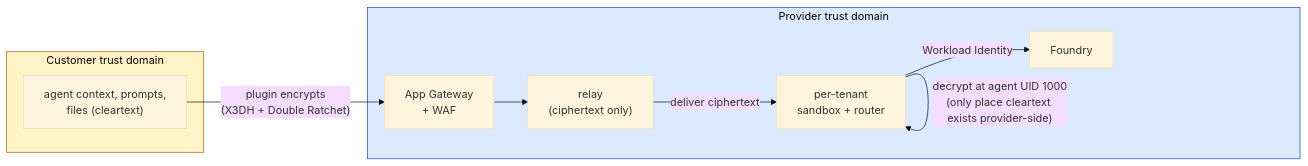
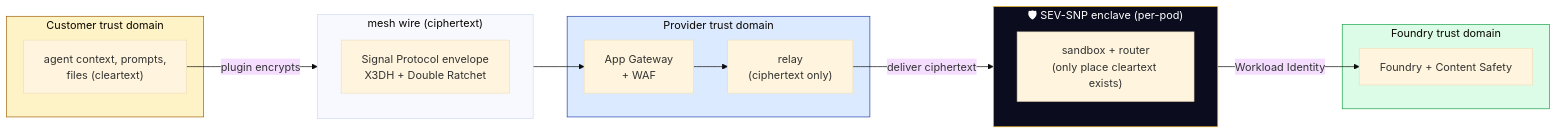
Before and after one commit to Azure/kars: the third of 4 diagrams in docs/blueprints/03-managed-public-offload.md, drawn with Mermaid (base theme). The commit also changed other lines of this file and 1 other file, not shown here.

````diff
--- a/docs/blueprints/03-managed-public-offload.md
+++ b/docs/blueprints/03-managed-public-offload.md
@@ -74,23 +158,35 @@
 ```mermaid
 flowchart LR
   subgraph Cust["Customer trust domain"]
     UserCtx["agent context, prompts,<br/>files (cleartext)"]
   end
+  subgraph Wire[" mesh wire (ciphertext) "]
+    Frame["Signal Protocol envelope<br/>X3DH + Double Ratchet"]
+  end
   subgraph Provider["Provider trust domain"]
     Edge["App Gateway<br/>+ WAF"]
     Relay["relay<br/>(ciphertext only)"]
-    Sandbox["per-tenant<br/>sandbox + router"]
-    Foundry["Foundry"]
+  end
+  subgraph Enclave["🛡 SEV-SNP enclave (per-pod)"]
+    direction TB
+    Sandbox["sandbox + router<br/>(only place cleartext exists)"]
+  end
+  subgraph FoundryDom["Foundry trust domain"]
+    Foundry["Foundry + Content Safety"]
   end
 
-  UserCtx -->|"plugin encrypts<br/>(X3DH + Double Ratchet)"| Edge
+  UserCtx -->|"plugin encrypts"| Wire
+  Wire --> Edge
   Edge --> Relay
   Relay -->|"deliver ciphertext"| Sandbox
-  Sandbox -->|"decrypt at agent UID 1000<br/>(only place cleartext exists provider-side)"| Sandbox
   Sandbox -->|"Workload Identity"| Foundry
 
   classDef cust fill:#fef3c7,stroke:#a16207;
   classDef prov fill:#dbeafe,stroke:#1e40af;
+  classDef enc fill:#0c0c1f,stroke:#fbbf24,color:#fff;
+  classDef fnd fill:#dcfce7,stroke:#16a34a;
   class Cust cust;
   class Provider prov;
+  class Enclave enc;
+  class FoundryDom fnd;
 ```
````
